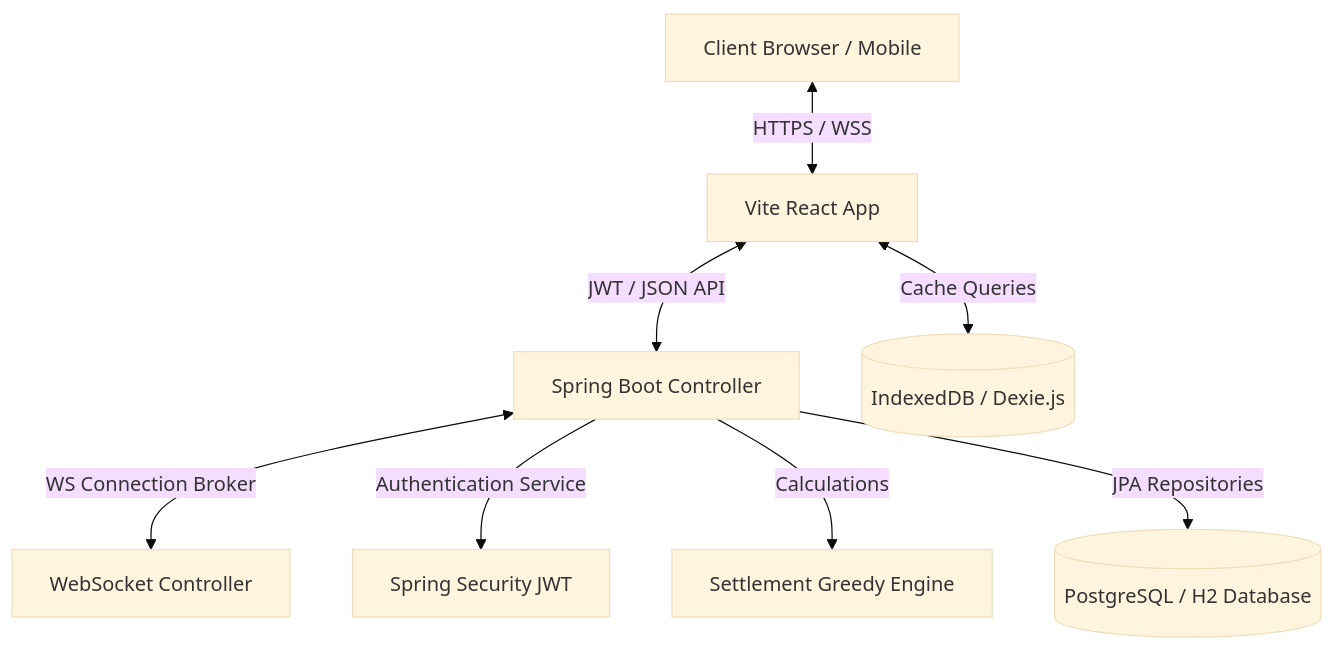
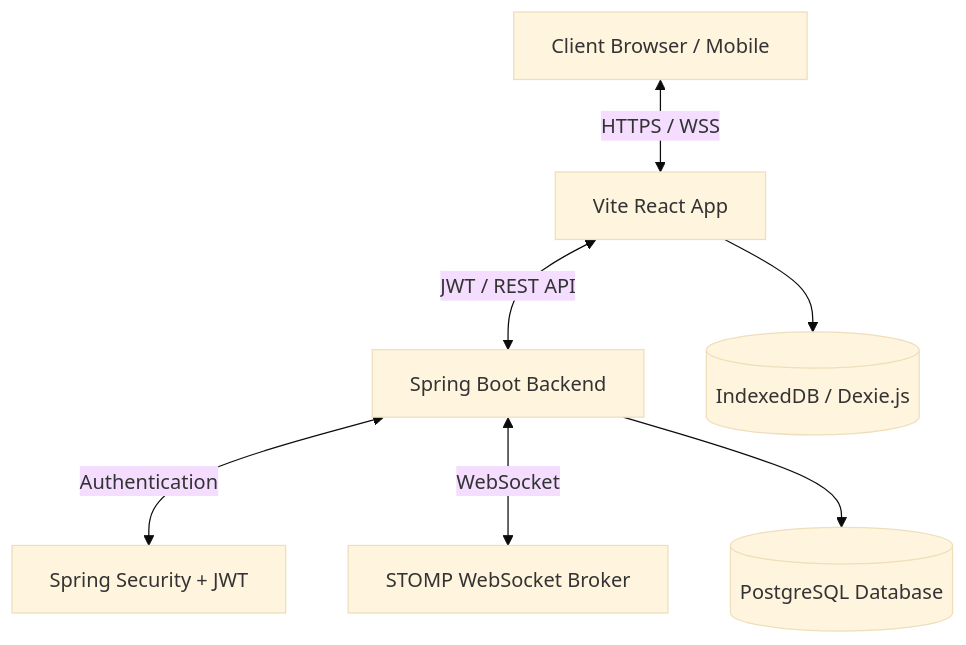
Before and after one commit to vikas79112/TripSync: the diagram in README.md, drawn with Mermaid (base theme). The commit also changed other lines of this file, not shown here.

````diff
--- a/README.md
+++ b/README.md
@@ -43,10 +139,9 @@
 ```mermaid
 graph TD
     User[Client Browser / Mobile] <-->|HTTPS / WSS| Frontend[Vite React App]
-    Frontend <-->|JWT / JSON API| Gateway[Spring Boot Controller]
-    Gateway <-->|WS Connection Broker| WS[WebSocket Controller]
-    Gateway -->|Authentication Service| Security[Spring Security JWT]
-    Gateway -->|Calculations| Settlement[Settlement Greedy Engine]
-    Gateway -->|JPA Repositories| DB[(PostgreSQL / H2 Database)]
-    Frontend <-->|Cache Queries| LocalCache[(IndexedDB / Dexie.js)]
+    Frontend <-->|JWT / REST API| Backend[Spring Boot Backend]
+    Backend <-->|Authentication| Security[Spring Security + JWT]
+    Backend <-->|WebSocket| WS[STOMP WebSocket Broker]
+    Backend --> DB[(PostgreSQL Database)]
+    Frontend --> Cache[(IndexedDB / Dexie.js)]
 ```
````
